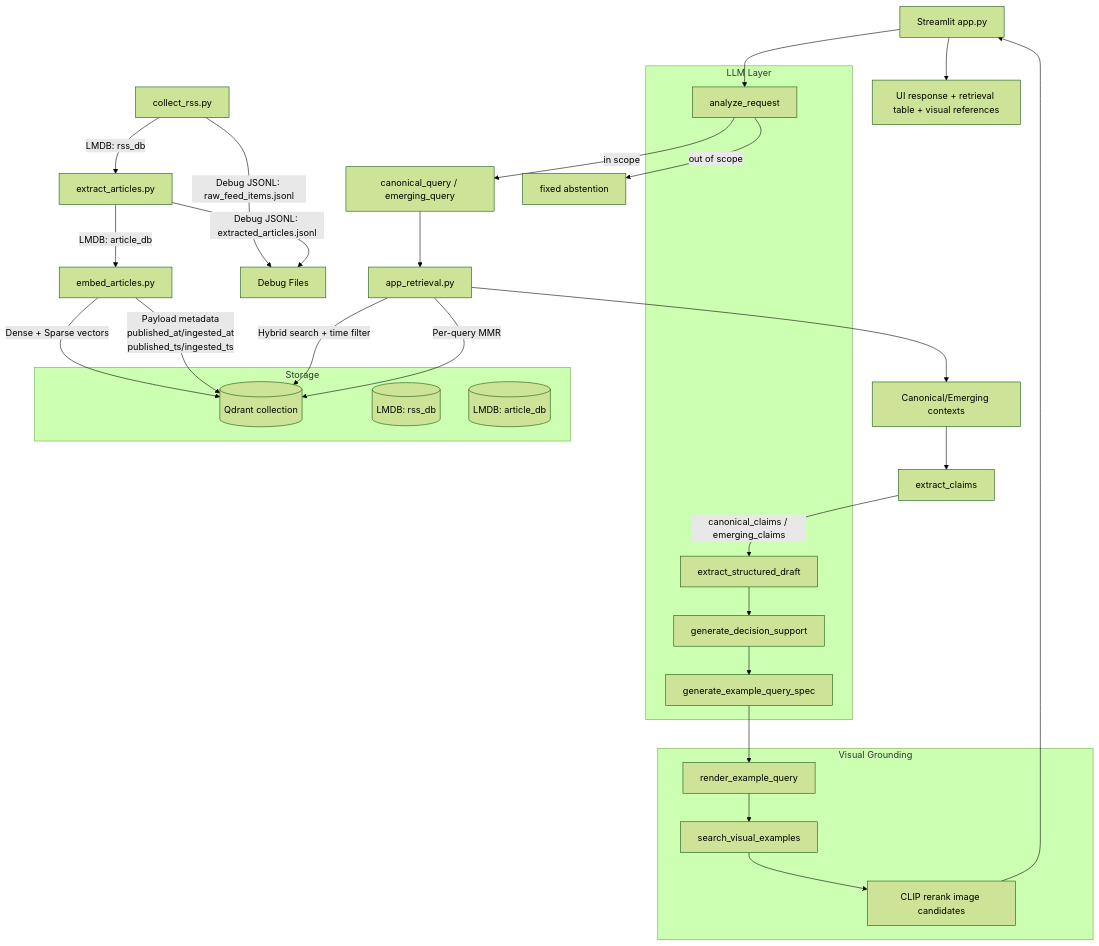
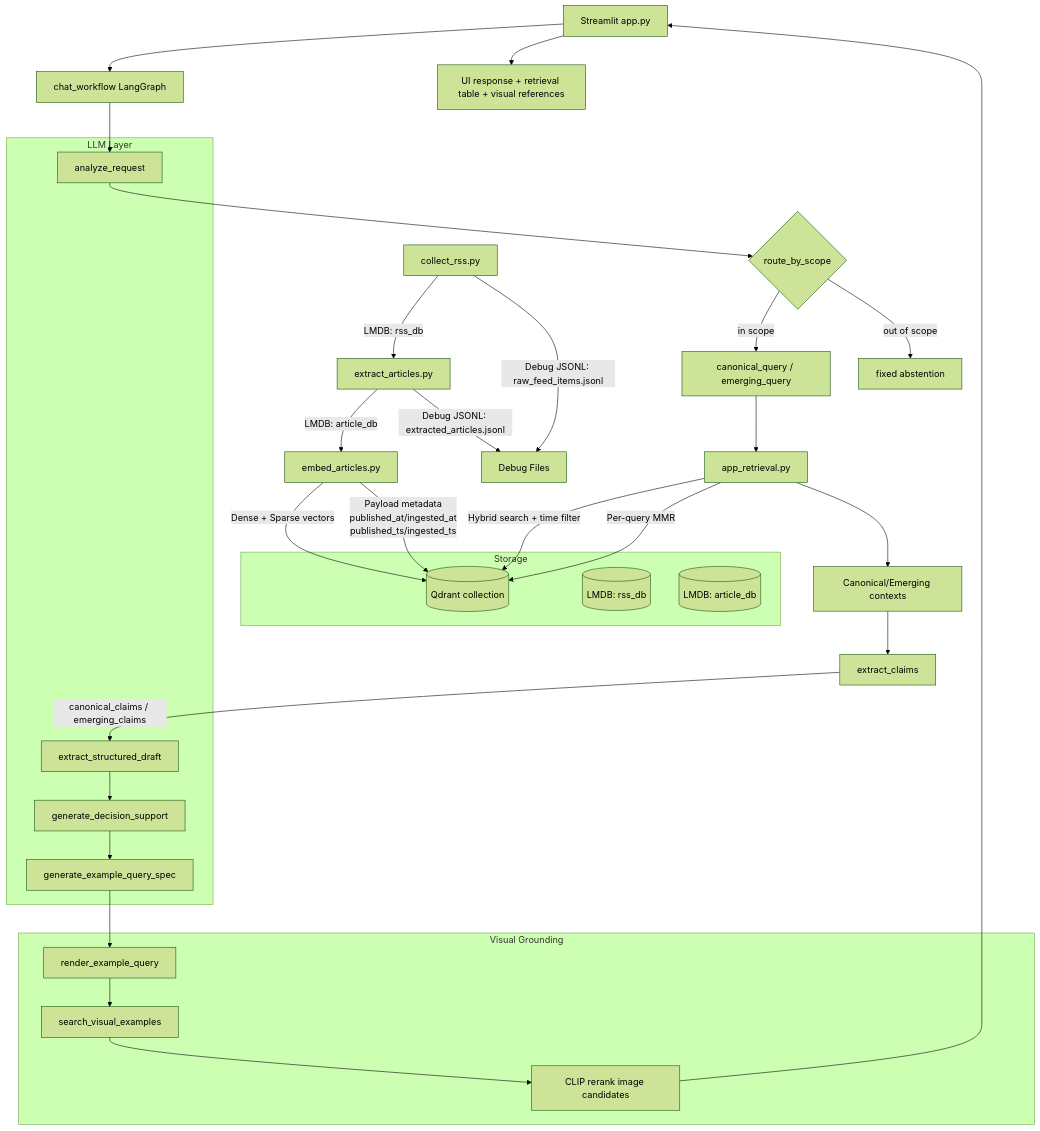
One commit to mofuteq/trend-to-rule changed the first of 2 diagrams in README.md. Above: the diagram before and after it, drawn with Mermaid (forest theme). The commit also changed other lines of this file and 3 other files, not shown here.

Commit message:
Move scope routing into LangGraph workflow

````diff
--- a/README.md
+++ b/README.md
@@ -104,49 +104,51 @@
 ```mermaid
 flowchart TD
     A[collect_rss.py] -->|LMDB: rss_db| B[extract_articles.py]
     A -->|Debug JSONL: raw_feed_items.jsonl| J1[Debug Files]
 
     B -->|LMDB: article_db| C[embed_articles.py]
     B -->|Debug JSONL: extracted_articles.jsonl| J1
 
     C -->|Dense + Sparse vectors| D[(Qdrant collection)]
     C -->|Payload metadata\npublished_at/ingested_at\npublished_ts/ingested_ts| D
 
-    E[Streamlit app.py] --> F[analyze_request]
-    F -->|in scope| G[canonical_query / emerging_query]
-    F -->|out of scope| X[fixed abstention]
+    E[Streamlit app.py] --> W[chat_workflow LangGraph]
+    W --> F[analyze_request]
+    F --> R{route_by_scope}
+    R -->|in scope| G[canonical_query / emerging_query]
+    R -->|out of scope| X[fixed abstention]
 
     G --> H[app_retrieval.py]
     H -->|Hybrid search + time filter| D
     H -->|Per-query MMR| D
     H --> I[Canonical/Emerging contexts]
 
     I --> J[extract_claims]
     J -->|canonical_claims / emerging_claims| K[extract_structured_draft]
     K --> DS[generate_decision_support]
     DS --> M[generate_example_query_spec]
     M --> N[render_example_query]
     N --> O[search_visual_examples]
     O --> P[CLIP rerank image candidates]
     P --> E
     E --> L[UI response + retrieval table + visual references]
 
     subgraph LLM Layer
       F
       K
       DS
       M
     end
 
     subgraph Visual Grounding
       N
       O
       P
     end
 
     subgraph Storage
       B1[(LMDB: rss_db)]
       B2[(LMDB: article_db)]
       D
     end
 ```
````
